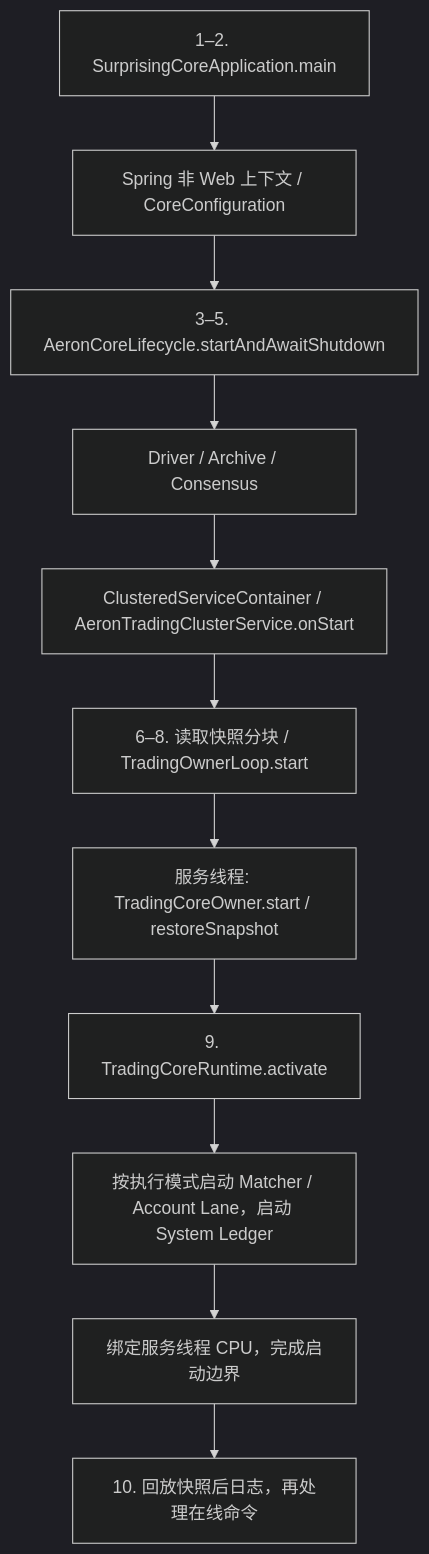
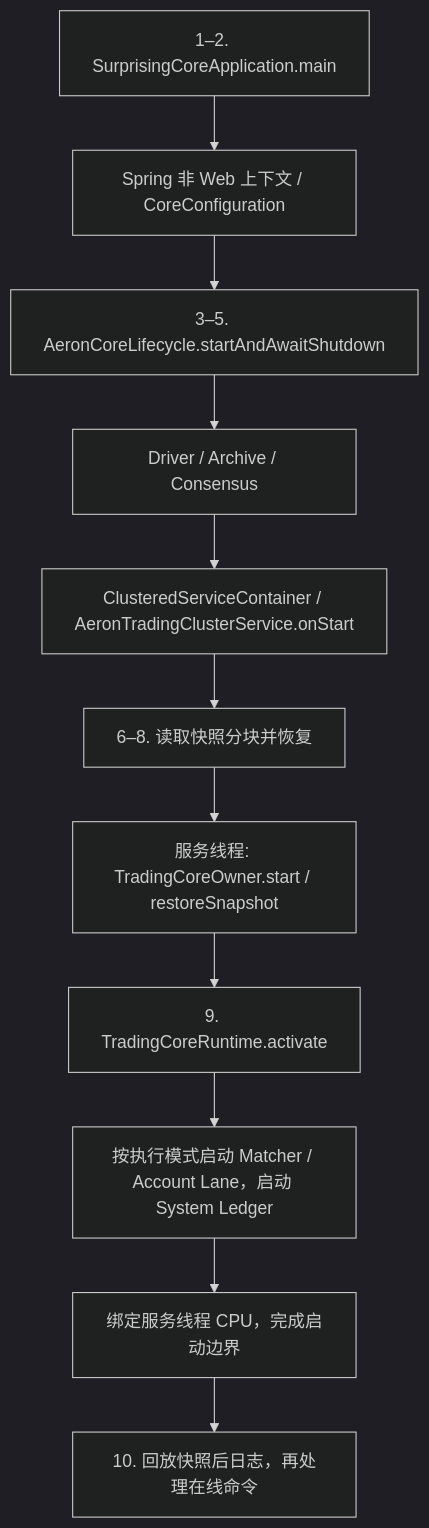
Before and after one commit to lilaizhencn/surprising-ex: the first of 6 diagrams in surprising-aeron-core/surprising-aeron-service/README.md, drawn with Mermaid (dark theme). The commit also changed other lines of this file and 18 other files, not shown here.

````diff
--- a/surprising-aeron-core/surprising-aeron-service/README.md
+++ b/surprising-aeron-core/surprising-aeron-service/README.md
@@ -277,13 +277,13 @@
 ```mermaid
 flowchart TD
     A[1–2. SurprisingCoreApplication.main] --> B[Spring 非 Web 上下文 / CoreConfiguration]
     B --> C[3–5. AeronCoreLifecycle.startAndAwaitShutdown]
     C --> D[Driver / Archive / Consensus]
     D --> E[ClusteredServiceContainer / AeronTradingClusterService.onStart]
-    E --> F[6–8. 读取快照分块 / TradingOwnerLoop.start]
+    E --> F[6–8. 读取快照分块并恢复]
     F --> G[服务线程: TradingCoreOwner.start / restoreSnapshot]
     G --> H[9. TradingCoreRuntime.activate]
     H --> I[按执行模式启动 Matcher / Account Lane，启动 System Ledger]
     I --> J[绑定服务线程 CPU，完成启动边界]
     J --> K[10. 回放快照后日志，再处理在线命令]
 ```
````
